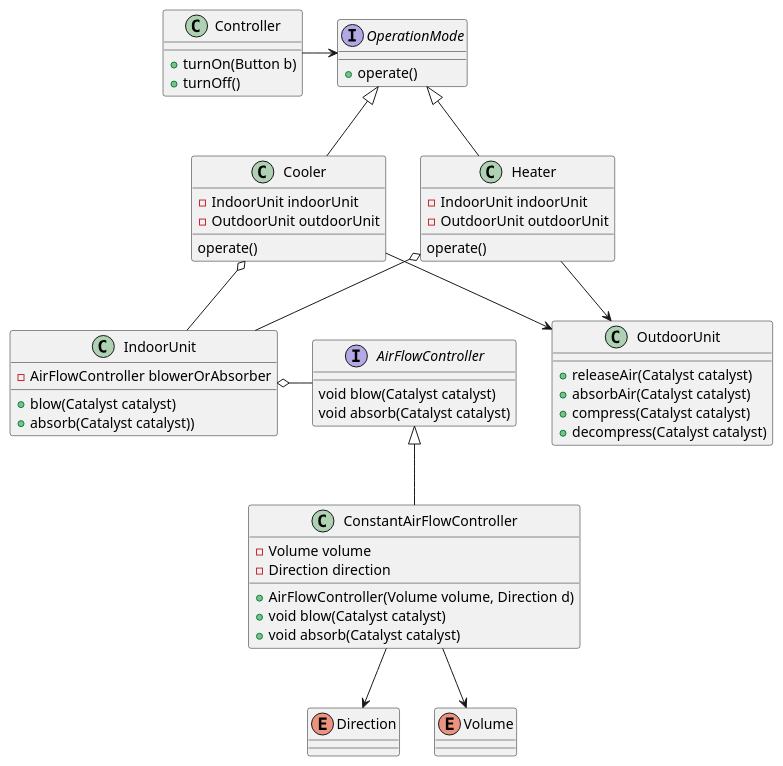
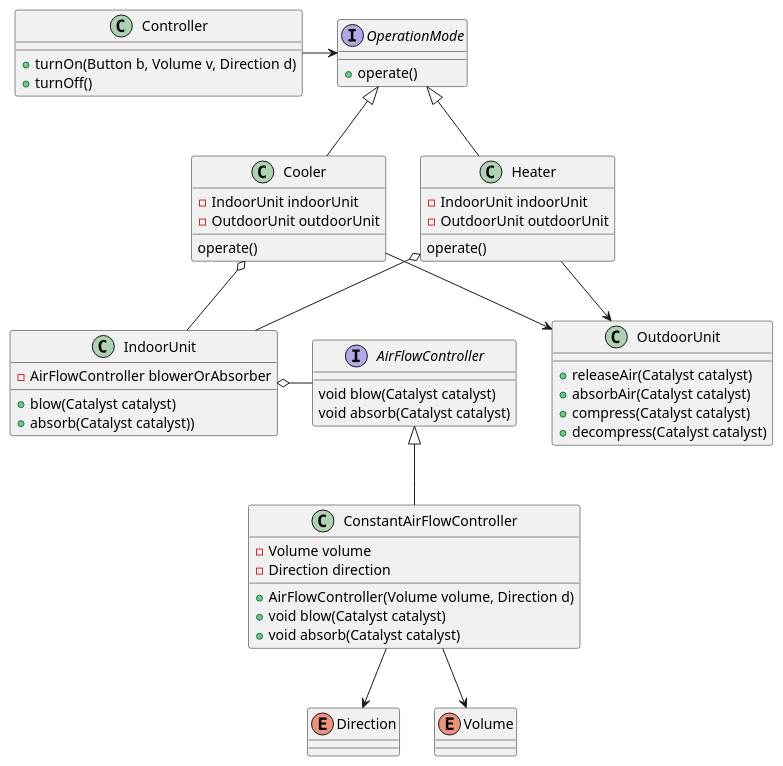
Before and after one commit to yatakeke/modeling-training: the diagram in air-conditioner.puml, drawn with PlantUML.

Commit message:
風向と風量は生成時に決まるため

```diff
--- a/air-conditioner.puml
+++ b/air-conditioner.puml
@@ -1,82 +1,82 @@
 @startuml
 'https://plantuml.com/class-diagram
 
 '基本的には冷房と暖房の２つしか選べない
 '風向の指定しかできない
 '温度センサー未実装
 
 class Controller {
-+turnOn(Button b)
++turnOn(Button b, Volume v, Direction d)
 +turnOff()
 }
 
 Controller -right-> OperationMode
 
 interface OperationMode {
 +operate()
 }
 
 OperationMode <|-- Cooler
 OperationMode <|-- Heater
 
 class Cooler {
 -IndoorUnit indoorUnit
 -OutdoorUnit outdoorUnit
 operate()
 }
 
 Cooler o-- IndoorUnit
 Cooler --> OutdoorUnit
 
 class Heater {
 -IndoorUnit indoorUnit
 -OutdoorUnit outdoorUnit
 operate()
 }
 
 Heater o-- IndoorUnit
 Heater --> OutdoorUnit
 
 
 '意図がindoorUnitと少し違うことを明確にするためにあえて違う名前にしてみた
 class OutdoorUnit {
 +releaseAir(Catalyst catalyst)
 +absorbAir(Catalyst catalyst)
 +compress(Catalyst catalyst)
 +decompress(Catalyst catalyst)
 }
 
 class IndoorUnit {
 -AirFlowController blowerOrAbsorber
 +blow(Catalyst catalyst)
 +absorb(Catalyst catalyst))
 }
 
 IndoorUnit o-right- AirFlowController
 
 interface AirFlowController {
 void blow(Catalyst catalyst)
 void absorb(Catalyst catalyst)
 }
 
 AirFlowController <|-- ConstantAirFlowController
 'TODO: autoとかの実装を後ほどする
 
 class ConstantAirFlowController {
 -Volume volume
 -Direction direction
 +AirFlowController(Volume volume, Direction d)
 +void blow(Catalyst catalyst)
 +void absorb(Catalyst catalyst)
 }
 
 ConstantAirFlowController --> Direction
 ConstantAirFlowController --> Volume
 
 enum Direction {
 }
 
 enum Volume {
 }
 
 @enduml
```
